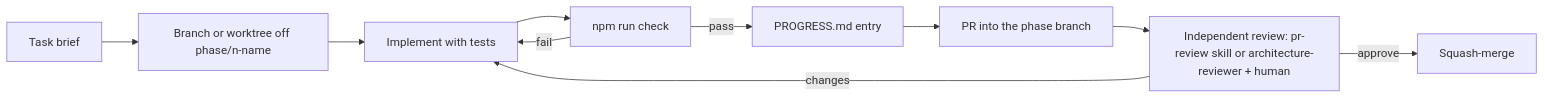
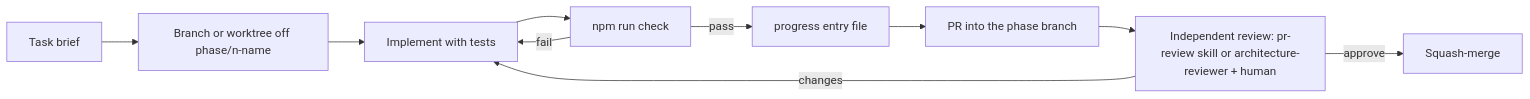
One commit to SamarjitBhogal/eternalus changed the diagram in docs/agents/README.md. Above: the diagram before and after it, drawn with Mermaid. The commit also changed other lines of this file and 40 other files, not shown here.

First line of the commit message:
docs: one file per progress entry in docs/plan/progress/ (DEC-277)

````diff
--- a/docs/agents/README.md
+++ b/docs/agents/README.md
@@ -51,12 +50,12 @@
 ```mermaid
 flowchart LR
   A[Task brief] --> B[Branch or worktree off phase/n-name]
   B --> C[Implement with tests]
   C --> D[npm run check]
   D -->|fail| C
-  D -->|pass| E[PROGRESS.md entry]
+  D -->|pass| E[progress entry file]
   E --> F[PR into the phase branch]
   F --> G[Independent review: pr-review skill or architecture-reviewer + human]
   G -->|changes| C
   G -->|approve| H[Squash-merge]
 ```
````
